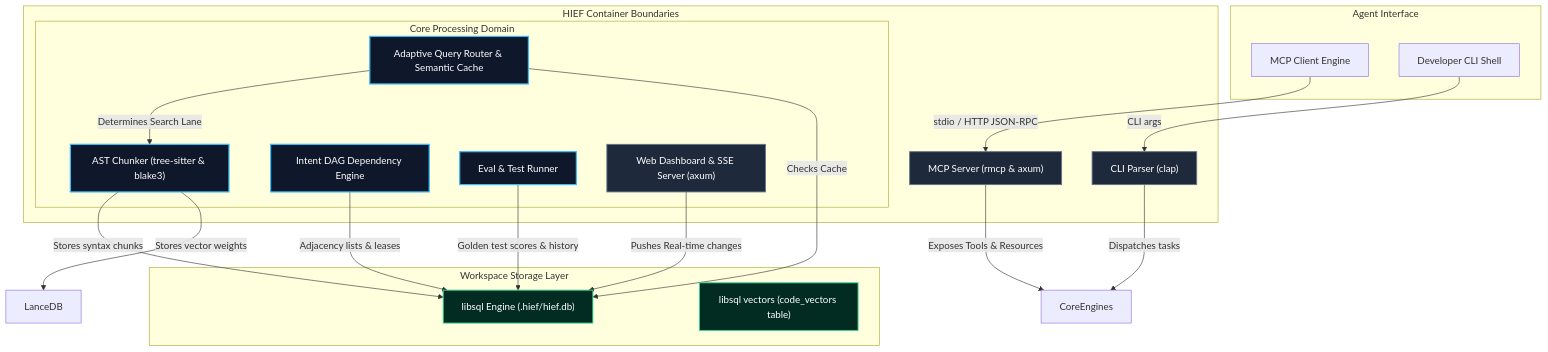
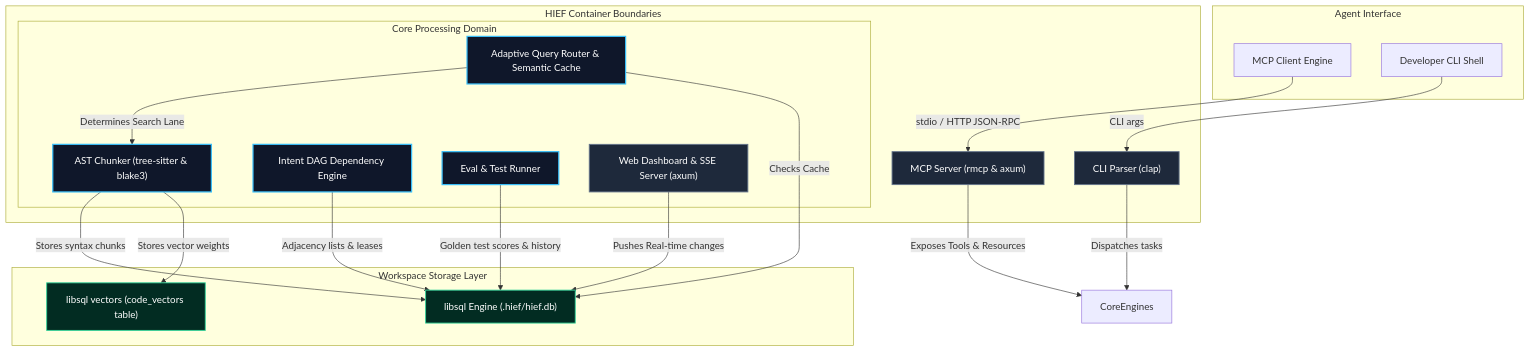
The second of 5 diagrams in docs/ARCHITECTURE.md (hiranp/hief), drawn with Mermaid before and after one commit. The commit also changed 5 other files, not shown here.

````diff
--- a/docs/ARCHITECTURE.md
+++ b/docs/ARCHITECTURE.md
@@ -85,49 +85,49 @@
 ```mermaid
 graph TB
     subgraph Client ["Agent Interface"]
         MCPClient["MCP Client Engine"]
         CLIClient["Developer CLI Shell"]
     end
 
     subgraph HIEF ["HIEF Container Boundaries"]
         CLI["CLI Parser (clap)"]
         MCP["MCP Server (rmcp & axum)"]
         
         subgraph Core Engines ["Core Processing Domain"]
             Router["Adaptive Query Router & Semantic Cache"]
             Index["AST Chunker (tree-sitter & blake3)"]
             Graph["Intent DAG Dependency Engine"]
             Eval["Eval & Test Runner"]
             UI["Web Dashboard & SSE Server (axum)"]
         end
     end
 
     subgraph Storage ["Workspace Storage Layer"]
         libsql["libsql Engine (.hief/hief.db)"]
         VecStore["libsql vectors (code_vectors table)"]
     end
 
     %% Communication
     CLIClient -->|CLI args| CLI
     MCPClient -->|stdio / HTTP JSON-RPC| MCP
     
     CLI -->|Dispatches tasks| CoreEngines
     MCP -->|Exposes Tools & Resources| CoreEngines
 
     Router -->|Determines Search Lane| Index
     Router -->|Checks Cache| libsql
     
     Index -->|Stores syntax chunks| libsql
-    Index -->|Stores vector weights| LanceDB
+    Index -->|Stores vector weights| VecStore
 
     Graph -->|Adjacency lists & leases| libsql
     Eval -->|Golden test scores & history| libsql
     UI -->|Pushes Real-time changes| libsql
     
     classDef cli fill:#1e293b,stroke:#64748b,stroke-width:1.5px,color:#fff;
     classDef core fill:#0f172a,stroke:#38bdf8,stroke-width:2px,color:#fff;
     classDef store fill:#022c22,stroke:#34d399,stroke-width:1.5px,color:#fff;
     class CLI,MCP,UI cli;
     class Router,Index,Graph,Eval core;
     class libsql,VecStore store;
 ```
````
